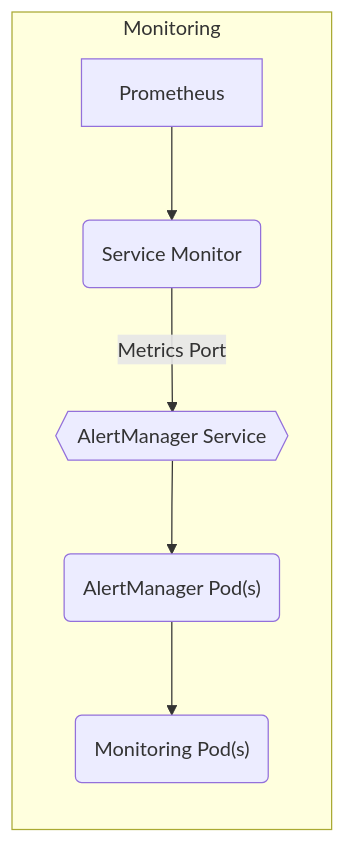
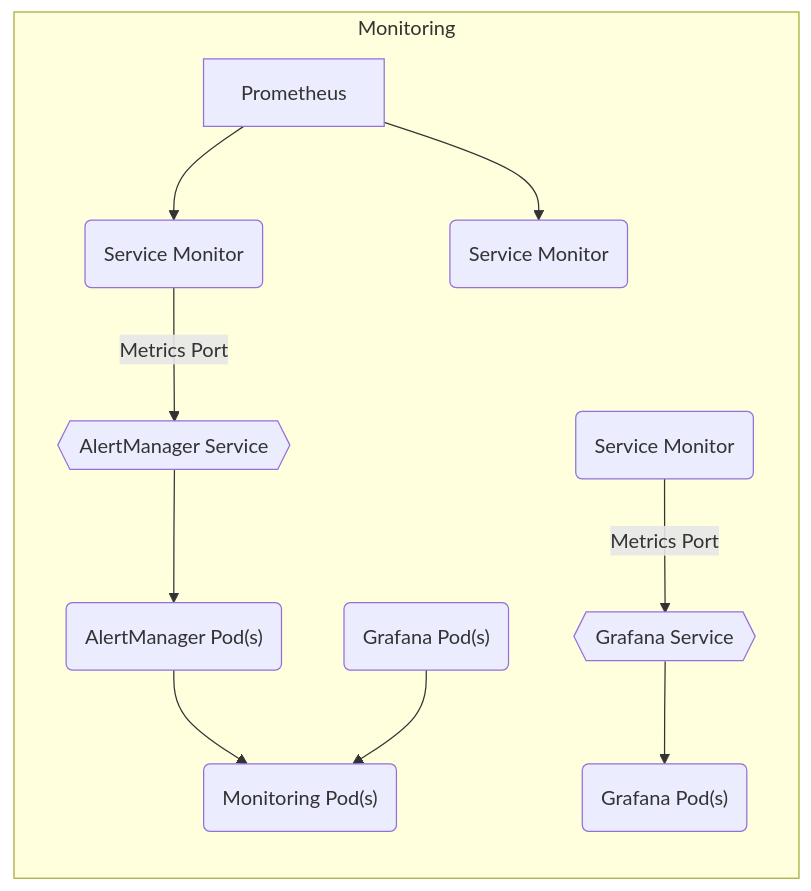
Before and after one commit to sbko/bigbang: the diagram in charter/packages/monitoring/Architecture.md, drawn with Mermaid.

Commit message:
monitoring architecture

````diff
--- a/charter/packages/monitoring/Architecture.md
+++ b/charter/packages/monitoring/Architecture.md
@@ -12,12 +12,16 @@
  ```mermaid
 graph LR
   subgraph "Monitoring"
     alertmanagerpods("AlertManager Pod(s)") --> monitoringpods("Monitoring Pod(s)")
     alertmanagerservice{{AlertManager Service}} --> alertmanagerpods("AlertManager Pod(s)")
     alertmanagersvcmonitor("Service Monitor") --"Metrics Port"--> alertmanagerservice
     Prometheus --> alertmanagersvcmonitor("Service Monitor")
+    grafanarods("Grafana Pod(s)") --> monitoringpods("Monitoring Pod(s)")
+    grafanaservice{{Grafana Service}} --> grafanapods("Grafana Pod(s)")
+    grafanarsvcmonitor("Service Monitor") --"Metrics Port"--> grafanaservice
+    Prometheus --> grafanasvcmonitor("Service Monitor")
 
     
   end
   
 ```   
````
